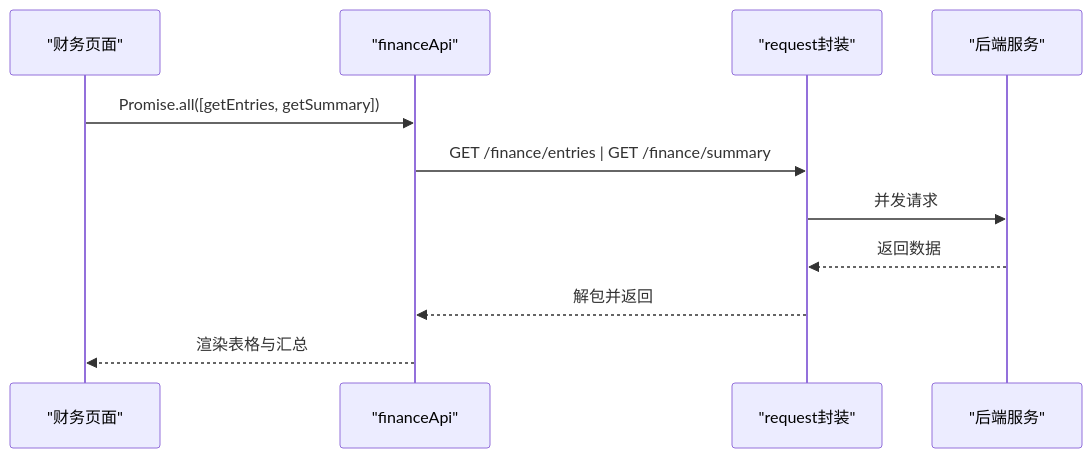
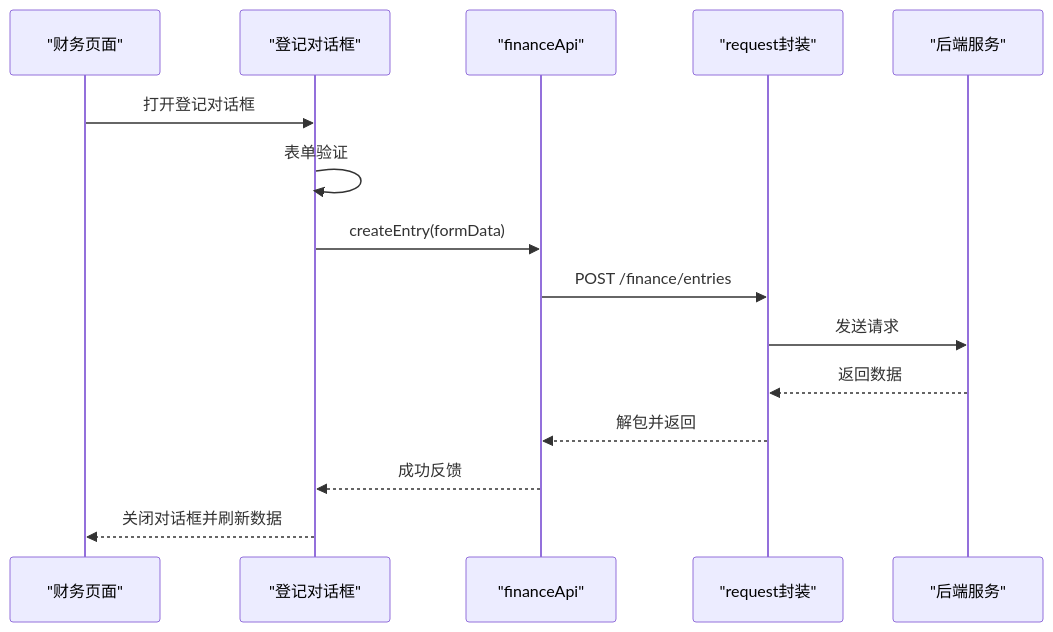
One commit to q446328246/agri-platform changed the tenth of 14 diagrams in .qoder/repowiki/zh/content/前端应用文档/前端应用文档.md. Above: the diagram before and after it, drawn with Mermaid. The commit also changed other lines of this file and 37 other files, not shown here.

````diff
--- a/.qoder/repowiki/zh/content/前端应用文档/前端应用文档.md
+++ b/.qoder/repowiki/zh/content/前端应用文档/前端应用文档.md
@@ -407,13 +446,17 @@
 ```mermaid
 sequenceDiagram
 participant View as "财务页面"
+participant Dialog as "登记对话框"
 participant API as "financeApi"
 participant HTTP as "request封装"
 participant Server as "后端服务"
-View->>API : Promise.all([getEntries, getSummary])
-API->>HTTP : GET /finance/entries | GET /finance/summary
-HTTP->>Server : 并发请求
+View->>Dialog : 打开登记对话框
+Dialog->>Dialog : 表单验证
+Dialog->>API : createEntry(formData)
+API->>HTTP : POST /finance/entries
+HTTP->>Server : 发送请求
 Server-->>HTTP : 返回数据
 HTTP-->>API : 解包并返回
-API-->>View : 渲染表格与汇总
+API-->>Dialog : 成功反馈
+Dialog-->>View : 关闭对话框并刷新数据
 ```
````
